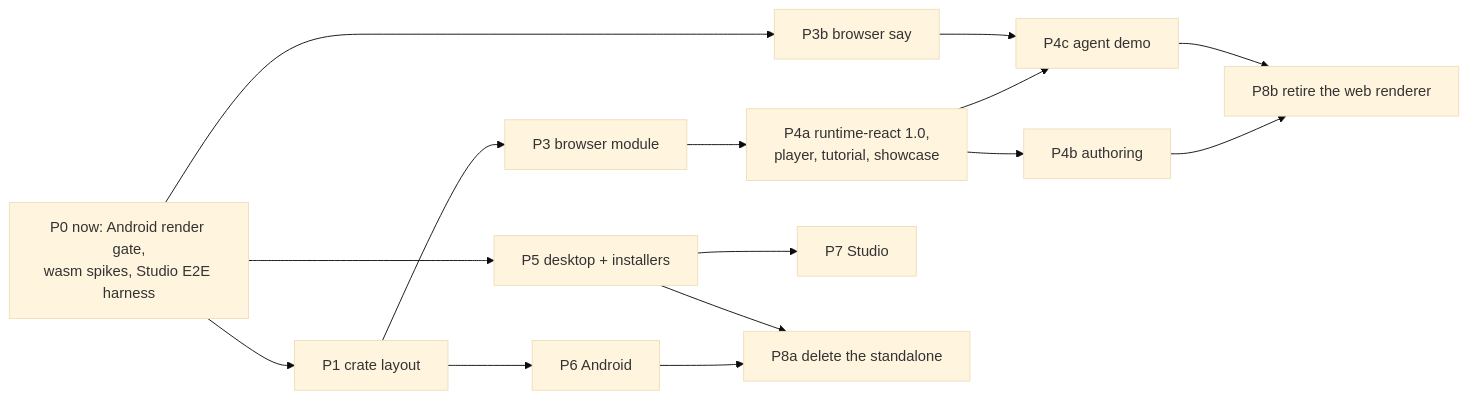
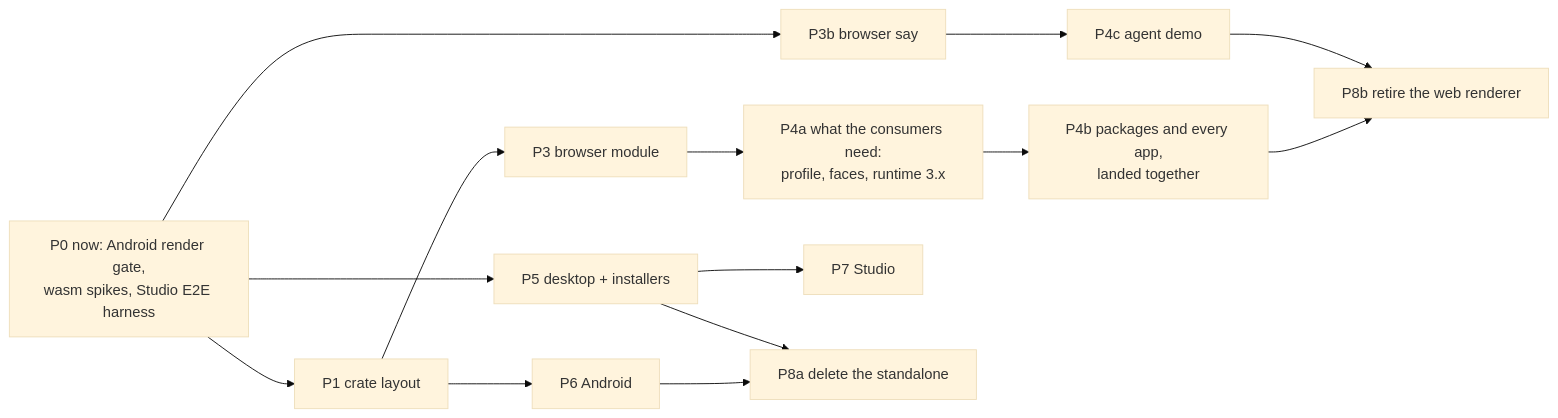
One commit to vizij-ai/vizij-docs changed the third of 3 diagrams in active_projects/runtime/bevy_everywhere/bevy_everywhere-deck.md. Above: the diagram before and after it, drawn with Mermaid (base theme). The commit also changed other lines of this file and 2 other files, not shown here.

First line of the commit message:
docs(bevy-everywhere): every dependency before the web consumers move

````diff
--- a/active_projects/runtime/bevy_everywhere/bevy_everywhere-deck.md
+++ b/active_projects/runtime/bevy_everywhere/bevy_everywhere-deck.md
@@ -283,21 +283,20 @@
 ```mermaid
 flowchart LR
   P0["P0 now: Android render gate,<br/>wasm spikes, Studio E2E harness"]
   P1["P1 crate layout"]
   P3["P3 browser module"]
   P3b["P3b browser say"]
-  P4a["P4a runtime-react 1.0,<br/>player, tutorial, showcase"]
-  P4b["P4b authoring"]
+  P4a["P4a what the consumers need:<br/>profile, faces, runtime 3.x"]
+  P4b["P4b packages and every app,<br/>landed together"]
   P4c["P4c agent demo"]
   P5["P5 desktop + installers"]
   P6["P6 Android"]
   P7["P7 Studio"]
   P8a["P8a delete the standalone"]
   P8b["P8b retire the web renderer"]
   P0 --> P1 --> P3 --> P4a --> P4b --> P8b
-  P4a --> P4c --> P8b
-  P0 --> P3b --> P4c
+  P0 --> P3b --> P4c --> P8b
   P0 --> P5 --> P7
   P1 --> P6 --> P8a
   P5 --> P8a
 ```
````
